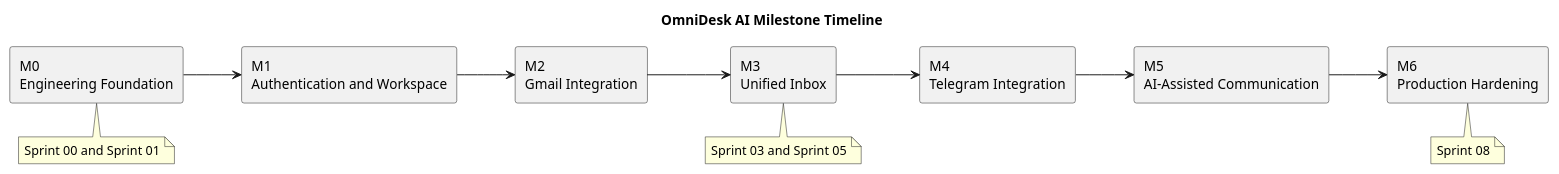
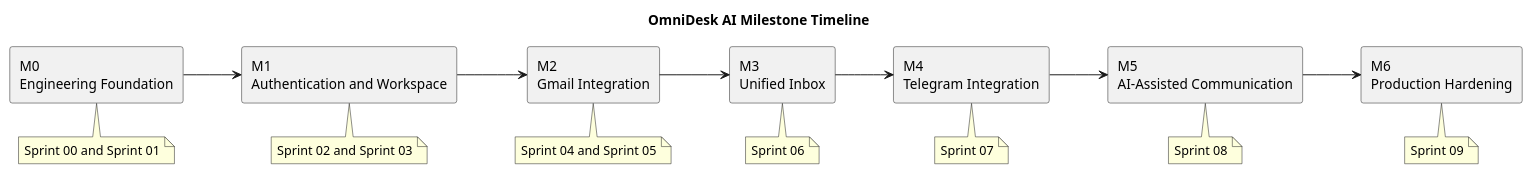
One commit to Farhad-Valizadegan/Web-OmniDesk changed the diagram in docs/project-management/diagrams/milestone-timeline.puml. Above: the diagram before and after it, drawn with PlantUML. The commit also changed 1 other file, not shown here.

Commit message:
docs: align diagram sources with normalized roadmap

```diff
--- a/docs/project-management/diagrams/milestone-timeline.puml
+++ b/docs/project-management/diagrams/milestone-timeline.puml
@@ -1,34 +1,50 @@
 @startuml
 title OmniDesk AI Milestone Timeline
 
 left to right direction
 skinparam componentStyle rectangle
 
 rectangle "M0\nEngineering Foundation" as M0
 rectangle "M1\nAuthentication and Workspace" as M1
 rectangle "M2\nGmail Integration" as M2
 rectangle "M3\nUnified Inbox" as M3
 rectangle "M4\nTelegram Integration" as M4
 rectangle "M5\nAI-Assisted Communication" as M5
 rectangle "M6\nProduction Hardening" as M6
 
 M0 --> M1
 M1 --> M2
 M2 --> M3
 M3 --> M4
 M4 --> M5
 M5 --> M6
 
 note bottom of M0
 Sprint 00 and Sprint 01
 end note
 
+note bottom of M1
+Sprint 02 and Sprint 03
+end note
+
+note bottom of M2
+Sprint 04 and Sprint 05
+end note
+
 note bottom of M3
-Sprint 03 and Sprint 05
+Sprint 06
+end note
+
+note bottom of M4
+Sprint 07
+end note
+
+note bottom of M5
+Sprint 08
 end note
 
 note bottom of M6
-Sprint 08
+Sprint 09
 end note
 
 @enduml
```
